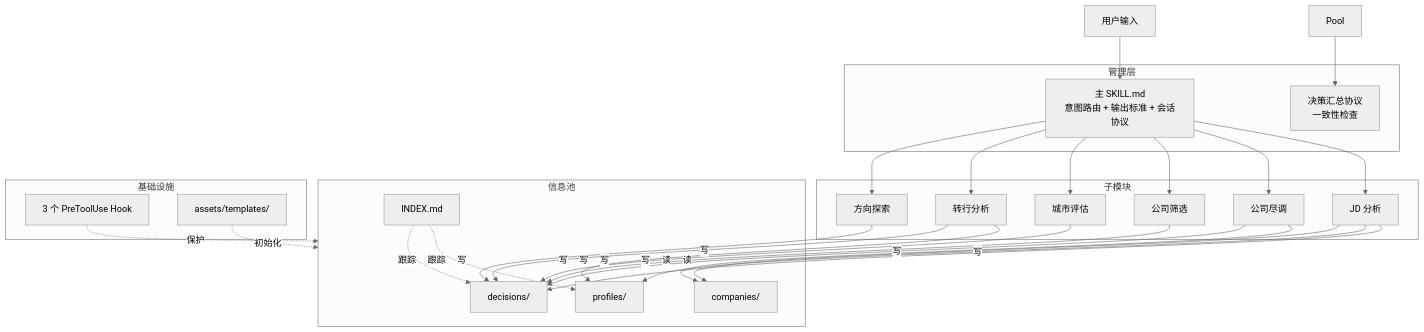
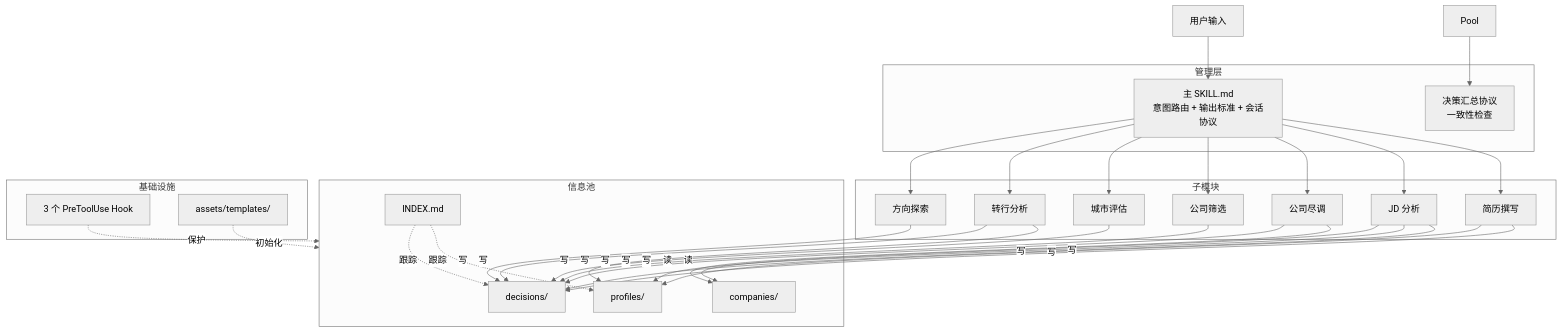
Before and after one commit to Friend-Xu/career-os: the first of 2 diagrams in ARCHITECTURE.md, drawn with Mermaid (neutral theme). The commit also changed 16 other files, not shown here.

````diff
--- a/ARCHITECTURE.md
+++ b/ARCHITECTURE.md
@@ -9,45 +9,47 @@
 ```mermaid
 flowchart TD
     subgraph 管理层
         Router["主 SKILL.md<br/>意图路由 + 输出标准 + 会话协议"]
         Summary["决策汇总协议<br/>一致性检查"]
     end
 
     subgraph 子模块
         CP["方向探索"]
         CT["转行分析"]
         CA["城市评估"]
         CS["公司筛选"]
         CR["公司尽调"]
         JA["JD 分析"]
+        RW["简历撰写"]
     end
 
     subgraph 信息池
         DEC["decisions/"]
         PRO["profiles/"]
         COM["companies/"]
         IDX["INDEX.md"]
     end
 
     subgraph 基础设施
         Hooks["3 个 PreToolUse Hook"]
         Temp["assets/templates/"]
     end
 
     User["用户输入"] --> Router
-    Router --> CP & CT & CA & CS & CR & JA
+    Router --> CP & CT & CA & CS & CR & JA & RW
 
     CP -->|写| DEC
     CT -->|写| DEC & PRO
     CA -->|写| DEC
     CS -->|写| DEC
     CR -->|写| DEC & COM
     JA -->|读| COM & PRO
     JA -->|写| DEC
+    RW -->|写| PRO & DEC
 
     Pool --> Summary
 
     IDX -.->|跟踪| DEC & PRO
     Hooks -.->|保护| 信息池
     Temp -.->|初始化| 信息池
 ```
````
